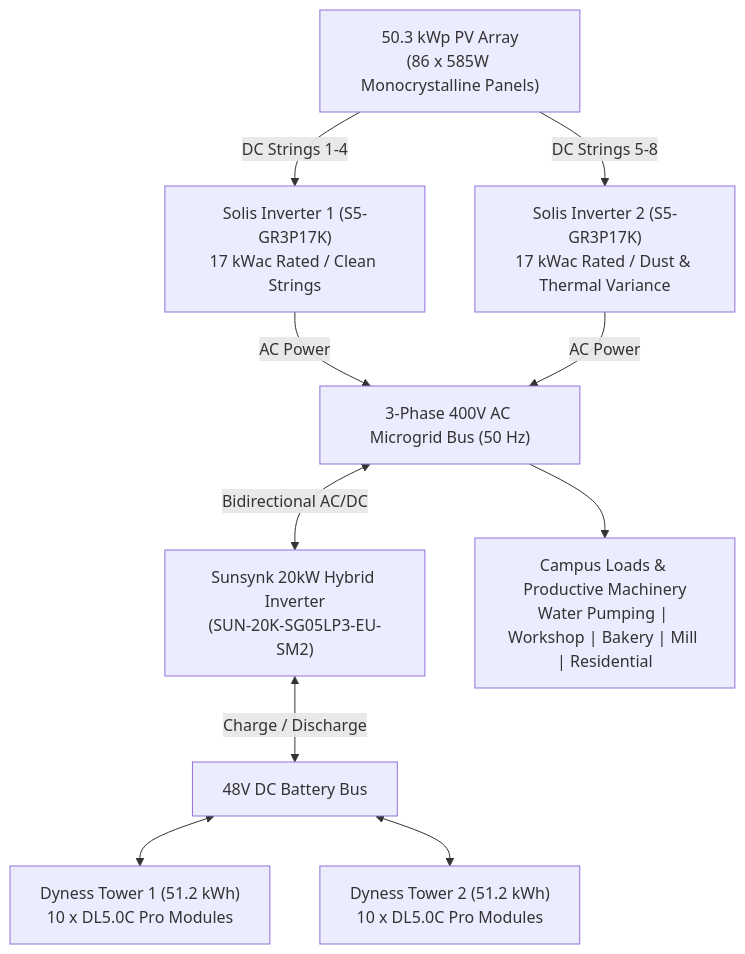
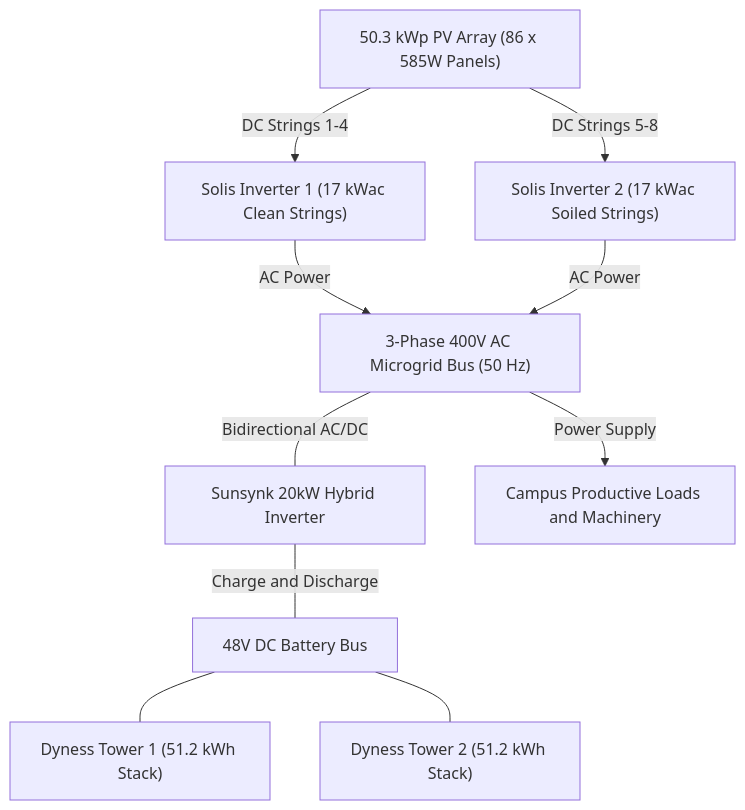
One commit to PeterG184/CREDiT-Visual-Demo changed the first of 2 diagrams in README.md. Above: the diagram before and after it, drawn with Mermaid. The commit also changed other lines of this file, not shown here.

Commit message:
fix(docs): resolve mermaid syntax issues and add ASCII fallback diagrams

````diff
--- a/README.md
+++ b/README.md
@@ -38,28 +63,22 @@
 ```mermaid
-graph TD
-    PV["50.3 kWp PV Array<br/>(86 x 585W Monocrystalline Panels)"]
-    
-    INV1["Solis Inverter 1 (S5-GR3P17K)<br/>17 kWac Rated / Clean Strings"]
-    INV2["Solis Inverter 2 (S5-GR3P17K)<br/>17 kWac Rated / Dust & Thermal Variance"]
-    
-    ACBUS["3-Phase 400V AC Microgrid Bus (50 Hz)"]
-    
-    SUNSYNK["Sunsynk 20kW Hybrid Inverter<br/>(SUN-20K-SG05LP3-EU-SM2)"]
-    
-    DCBUS["48V DC Battery Bus"]
-    
-    TOWER1["Dyness Tower 1 (51.2 kWh)<br/>10 x DL5.0C Pro Modules"]
-    TOWER2["Dyness Tower 2 (51.2 kWh)<br/>10 x DL5.0C Pro Modules"]
-    
-    LOADS["Campus Loads & Productive Machinery<br/>Water Pumping | Workshop | Bakery | Mill | Residential"]
+flowchart TD
+    PV["50.3 kWp PV Array (86 x 585W Panels)"]
+    INV1["Solis Inverter 1 (17 kWac Clean Strings)"]
+    INV2["Solis Inverter 2 (17 kWac Soiled Strings)"]
+    AC_BUS["3-Phase 400V AC Microgrid Bus (50 Hz)"]
+    SUNSYNK["Sunsynk 20kW Hybrid Inverter"]
+    DC_BUS["48V DC Battery Bus"]
+    TOWER1["Dyness Tower 1 (51.2 kWh Stack)"]
+    TOWER2["Dyness Tower 2 (51.2 kWh Stack)"]
+    LOADS["Campus Productive Loads and Machinery"]
 
     PV -->|DC Strings 1-4| INV1
     PV -->|DC Strings 5-8| INV2
-    INV1 -->|AC Power| ACBUS
-    INV2 -->|AC Power| ACBUS
-    ACBUS <-->|Bidirectional AC/DC| SUNSYNK
-    SUNSYNK <-->|Charge / Discharge| DCBUS
-    DCBUS <--> TOWER1
-    DCBUS <--> TOWER2
-    ACBUS --> LOADS
+    INV1 -->|AC Power| AC_BUS
+    INV2 -->|AC Power| AC_BUS
+    AC_BUS -->|Power Supply| LOADS
+    AC_BUS ---|Bidirectional AC/DC| SUNSYNK
+    SUNSYNK ---|Charge and Discharge| DC_BUS
+    DC_BUS --- TOWER1
+    DC_BUS --- TOWER2
 ```
````
